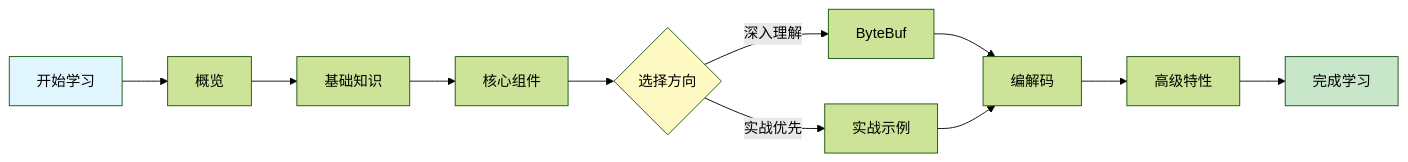
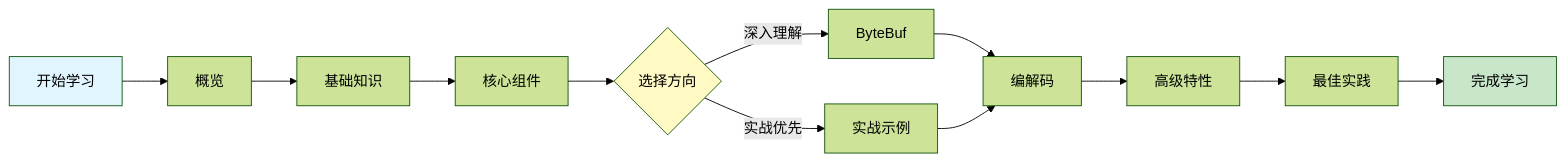
One commit to to-lib/to-lib.github.io changed the diagram in docs/netty/index.md. Above: the diagram before and after it, drawn with Mermaid (forest theme). The commit also changed other lines of this file and 12 other files, not shown here.

````diff
--- a/docs/netty/index.md
+++ b/docs/netty/index.md
@@ -37,17 +38,18 @@
 ```mermaid
 graph LR
     A[开始学习] --> B[概览]
     B --> C[基础知识]
     C --> D[核心组件]
     D --> E{选择方向}
     E -->|深入理解| F[ByteBuf]
     E -->|实战优先| G[实战示例]
     F --> H[编解码]
     G --> H
     H --> I[高级特性]
-    I --> J[完成学习]
+    I --> J[最佳实践]
+    J --> K[完成学习]
     
     style A fill:#e1f5ff
-    style J fill:#c8e6c9
+    style K fill:#c8e6c9
     style E fill:#fff9c4
 ```
````
